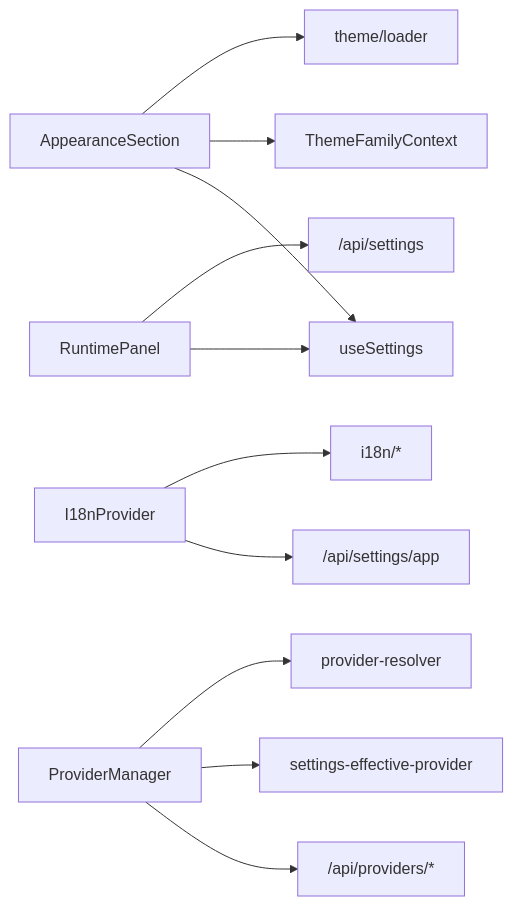
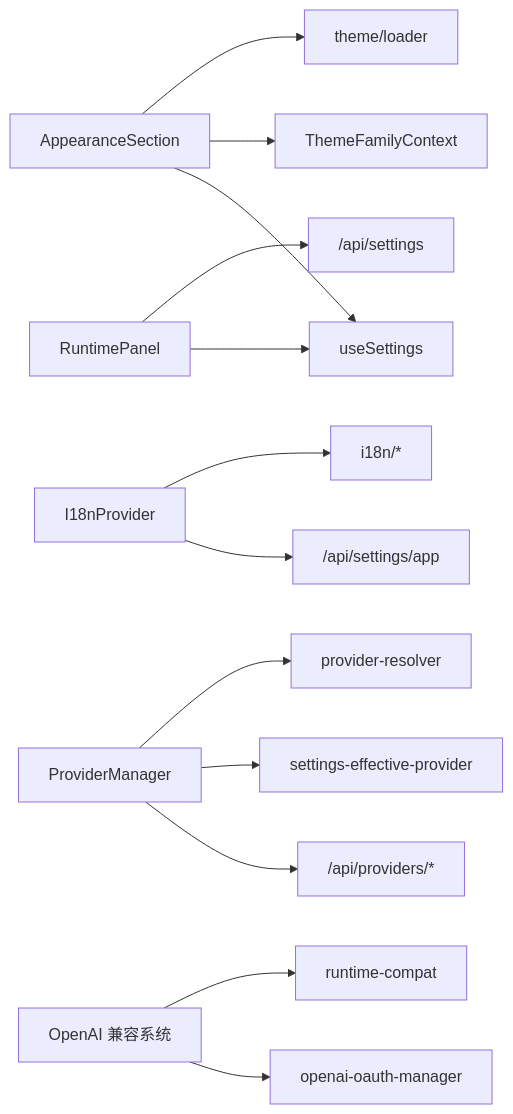
Before and after one commit to haolange/CodePilot: the tenth of 10 diagrams in .qoder/repowiki/zh/content/核心功能/设置管理系统/设置管理系统.md, drawn with Mermaid. The commit also changed other lines of this file and 8 other files, not shown here.

````diff
--- a/.qoder/repowiki/zh/content/核心功能/设置管理系统/设置管理系统.md
+++ b/.qoder/repowiki/zh/content/核心功能/设置管理系统/设置管理系统.md
@@ -431,13 +519,15 @@
 ```mermaid
 graph LR
 AS["AppearanceSection"] --> US["useSettings"]
 AS --> TF["ThemeFamilyContext"]
 AS --> TL["theme/loader"]
 RP["RuntimePanel"] --> US
 RP --> API["/api/settings"]
 IP["I18nProvider"] --> APIApp["/api/settings/app"]
 IP --> I18n["i18n/*"]
 PM["ProviderManager"] --> APIProv["/api/providers/*"]
 PM --> SEF["settings-effective-provider"]
 PM --> PR["provider-resolver"]
+OAC["OpenAI 兼容系统"] --> OAMgr["openai-oauth-manager"]
+OAC --> RC["runtime-compat"]
 ```
````
